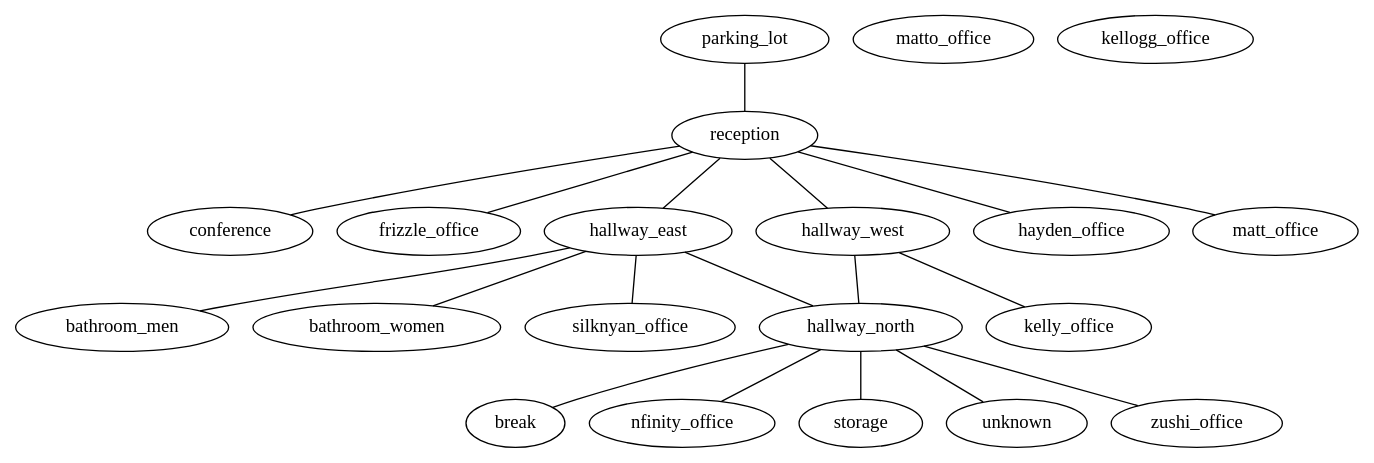
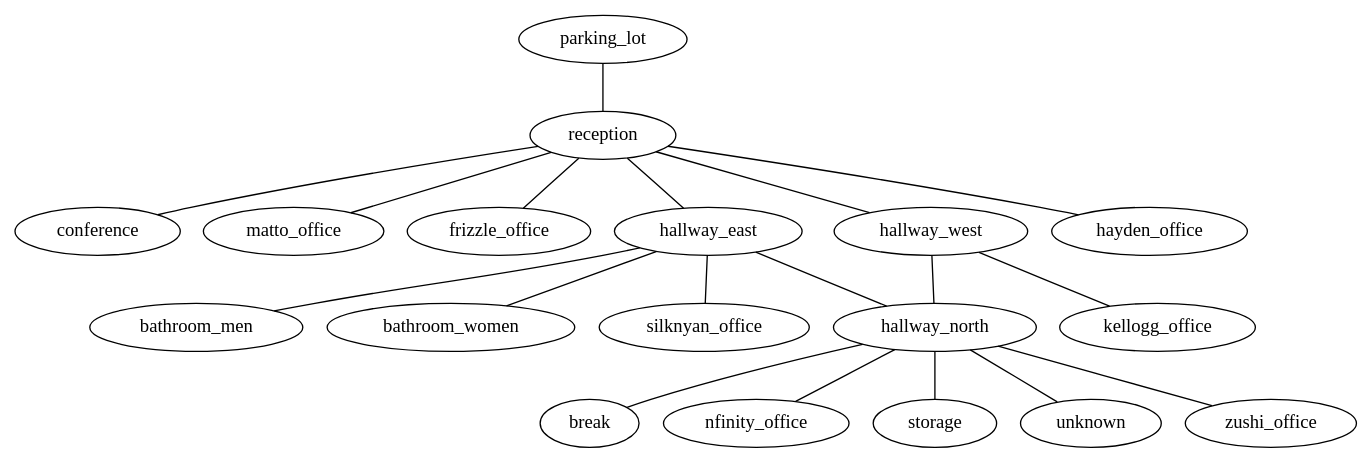
The diagram in deploy/offices/awnam.dot (austinpray/ofisu), drawn with Graphviz before and after one commit.

Commit message:
Fixes office names

```diff
--- a/deploy/offices/awnam.dot
+++ b/deploy/offices/awnam.dot
@@ -1,96 +1,96 @@
 # name: AWNAM Office
 graph awnam {
 
     # name: Men's Bathroom
     bathroom_men
 
     # name: Women's Bathroom
     bathroom_women
 
     # name: Break Room
     # voice: enabled
     # has: snes
     # has: gamecube
     # has: fat-ps3
     break
 
     # name: Conference Room
     # voice: enabled
     conference
 
     # empty_a
     # name: Matto's Office
     matto_office
     # empty_d
     # empty_e
     # empty_f
 
     # name: Kellogg's Office
     kellogg_office
 
     # empty_n
 
     # name: Frizzle's Office
     frizzle_office
 
     # name: East Hallway
     hallway_east
 
     # name: North Hallway
     hallway_north
 
     # name: West Hallway
     hallway_west
 
     # name: Hayden's Office
     hayden_office
 
     # name: Nfinity's Office
     nfinity_office
 
     # name: Parking Lot
     parking_lot
 
     # name: Reception Area
     reception
 
     # name: Silk-nyan's Office
     silknyan_office
 
     # name: Storage Closet
     storage
 
     # name: Spooky Unknown Room
     unknown
 
     # name: Zushi's office
     zushi_office
 
     parking_lot -- reception
     reception -- hallway_west
     reception -- hallway_east
     hallway_west -- hallway_north
     hallway_east -- hallway_north
 
     # reception -- empty_a
-    reception -- matt_office
+    reception -- matto_office
     reception -- hayden_office
     reception -- conference
     # reception -- empty_n
     reception -- frizzle_office
 
     # hallway_west -- empty_d
     # hallway_west -- empty_e
     # hallway_west -- empty_f
-    hallway_west -- kelly_office
+    hallway_west -- kellogg_office
 
     hallway_north -- nfinity_office
     hallway_north -- storage
     hallway_north -- break
     hallway_north -- zushi_office
     hallway_north -- unknown
 
     hallway_east -- silknyan_office
     hallway_east -- bathroom_men
     hallway_east -- bathroom_women
 }
```
